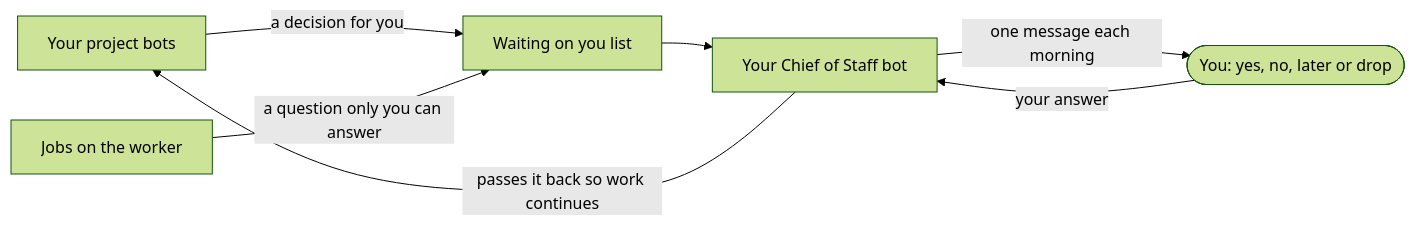
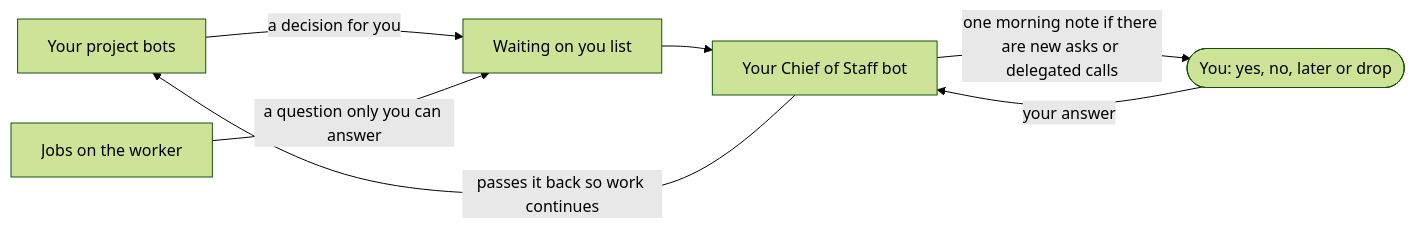
Before and after one commit to giltotherescue/agent-swarm-kit: the third of 9 diagrams in docs/how-it-works-technical.md, drawn with Mermaid (forest theme). The commit also changed 27 other files, not shown here.

````diff
--- a/docs/how-it-works-technical.md
+++ b/docs/how-it-works-technical.md
@@ -57,15 +57,15 @@
 ```mermaid
 flowchart LR
     pb["Your project bots"]
     job["Jobs on the worker"]
     cos["Your Chief of Staff bot"]
     list["Waiting on you list"]
     you(["You: yes, no, later or drop"])
 
     pb -->|"a decision for you"| list
     job -->|"a question only you can answer"| list
-    cos -->|"one message each morning"| you
+    cos -->|"one morning note if there are new asks or delegated calls"| you
     list --> cos
     you -->|"your answer"| cos
     cos -->|"passes it back so work continues"| pb
 ```
````
